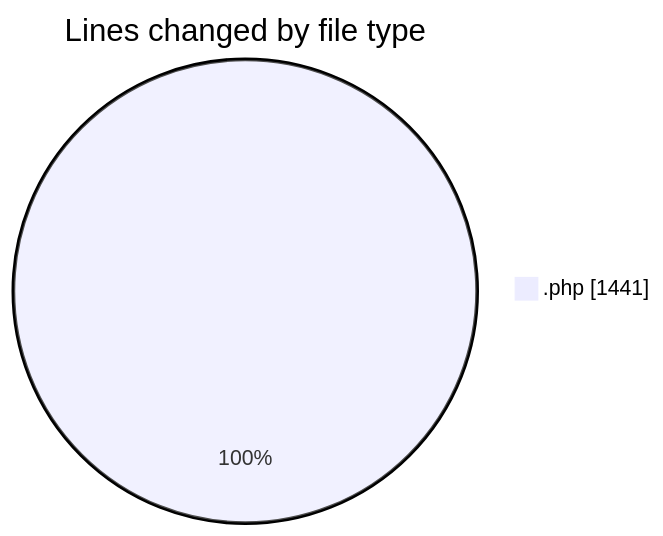
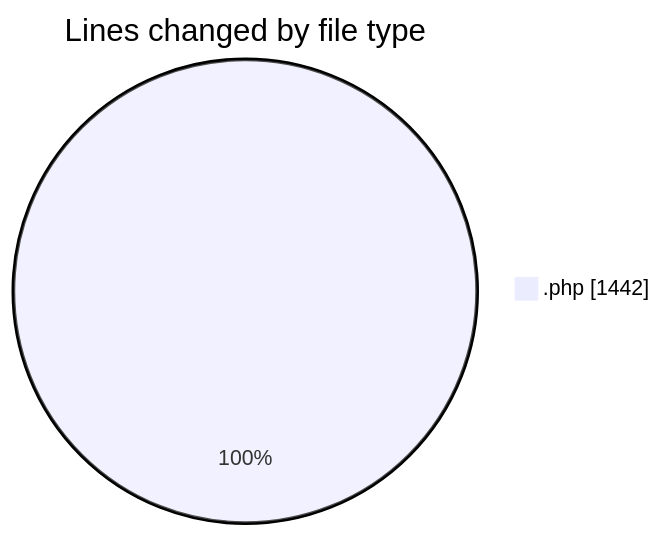
The first of 2 diagrams in 2025-10-03/totem2/README.md (LanceThiago/code-tracking), drawn with Mermaid before and after one commit. The commit also changed other lines of this file and 1 other file, not shown here.

````diff
--- a/2025-10-03/totem2/README.md
+++ b/2025-10-03/totem2/README.md
@@ -23,5 +23,5 @@
 ```mermaid
 pie showData
 title Lines changed by file type
-".php" : 1441
+".php" : 1442
 ```
````
